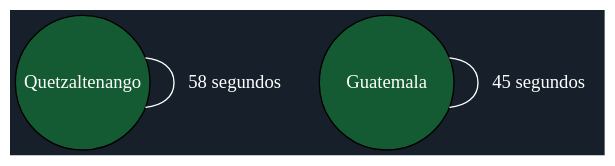
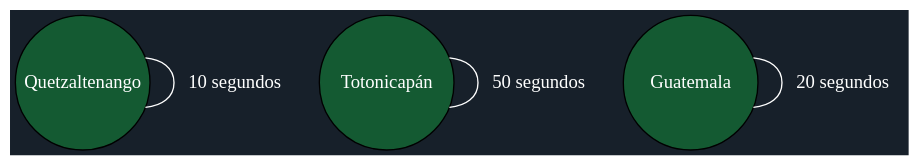
The diagram in Rapidito/ruta_intermedia.dot (Marco131-xel/Edd_Proyecto2), drawn with Graphviz before and after one commit. The commit also changed 15 other files, not shown here.

```diff
--- a/Rapidito/ruta_intermedia.dot
+++ b/Rapidito/ruta_intermedia.dot
@@ -1,7 +1,8 @@
 graph Ruta {
   bgcolor="#17202a";
   node [style=filled, fillcolor="#145a32", fontcolor="white", shape=circle, width=1.4, fixedsize=true];
   edge [color="white", fontcolor="white"];
-  "Quetzaltenango" -- "Quetzaltenango" [label="58 segundos"];
-  "Guatemala" -- "Guatemala" [label="45 segundos"];
+  "Quetzaltenango" -- "Quetzaltenango" [label="10 segundos"];
+  "Totonicapán" -- "Totonicapán" [label="50 segundos"];
+  "Guatemala" -- "Guatemala" [label="20 segundos"];
 }
```
